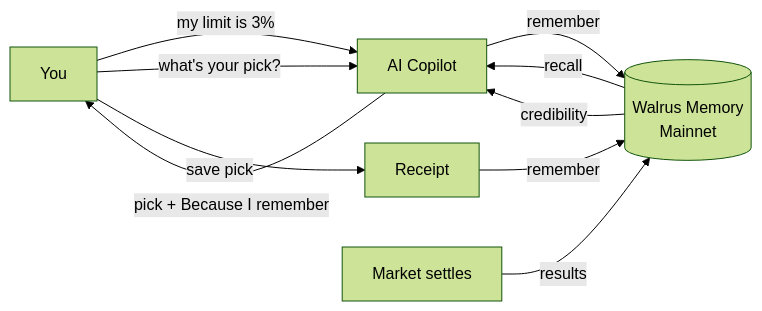
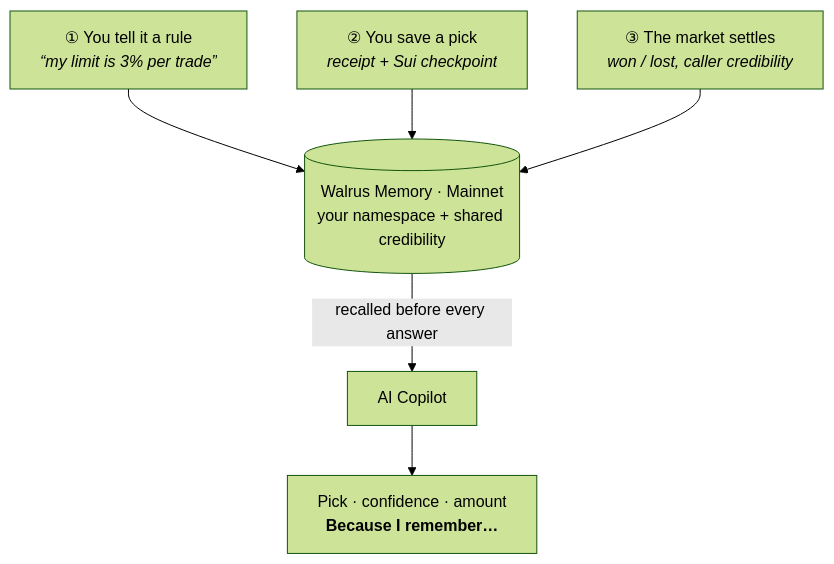
Before and after one commit to ahmardchain/previs: the first of 2 diagrams in README.md, drawn with Mermaid (forest theme). The commit also changed 1 other file, not shown here.

Commit message:
README: clearer memory diagram, fix demo thumbnail

````diff
--- a/README.md
+++ b/README.md
@@ -144,12 +144,9 @@
 ```mermaid
-flowchart LR
-    U[You] -- "my limit is 3%" --> C[AI Copilot]
-    C -- remember --> W[(Walrus Memory<br/>Mainnet)]
-    U -- "what's your pick?" --> C
-    W -- recall --> C
-    C -- "pick + Because I remember" --> U
-    U -- save pick --> R[Receipt]
-    R -- remember --> W
-    S[Market settles] -- results --> W
-    W -- credibility --> C
+flowchart TB
+    A["① You tell it a rule<br/><i>“my limit is 3% per trade”</i>"] --> W
+    B["② You save a pick<br/><i>receipt + Sui checkpoint</i>"] --> W
+    S["③ The market settles<br/><i>won / lost, caller credibility</i>"] --> W
+    W[("Walrus Memory · Mainnet<br/>your namespace + shared credibility")]
+    W -- "recalled before every answer" --> C["AI Copilot"]
+    C --> O["Pick · confidence · amount<br/><b>Because I remember…</b>"]
 ```
````
